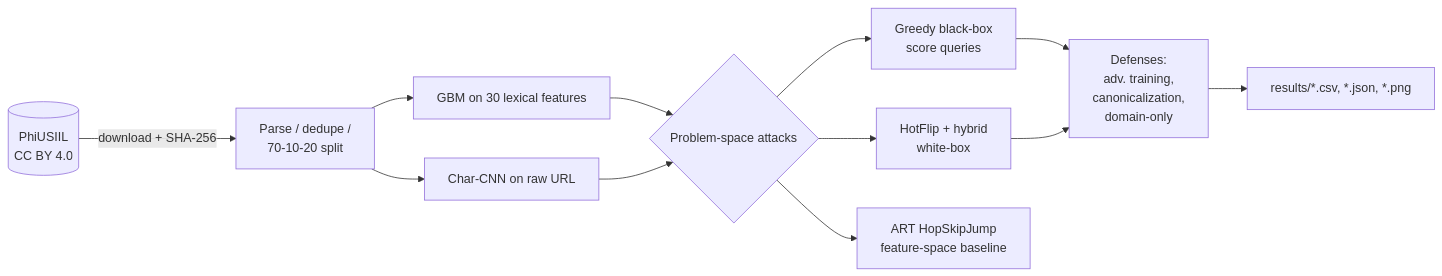
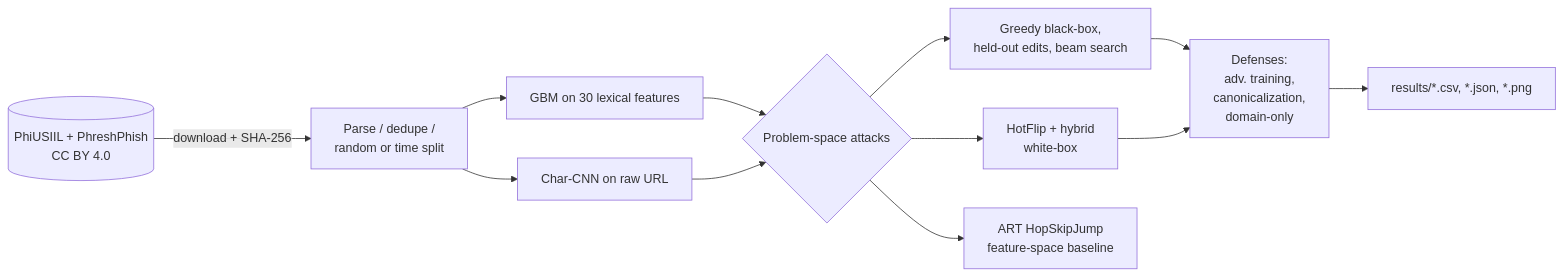
Before and after one commit to mikedsosa/phishing-detector-adversarial-robustness: the diagram in README.md, drawn with Mermaid. The commit also changed other lines of this file and 61 other files, not shown here.

First line of the commit message:
Add PhreshPhish dataset, held-out and beam attacks, seeds and CIs, demo CLI/app, model card, Dockerfile, writeup

````diff
--- a/README.md
+++ b/README.md
@@ -57,12 +91,12 @@
 ```mermaid
 flowchart LR
-    D[(PhiUSIIL<br/>CC BY 4.0)] -->|download + SHA-256| P[Parse / dedupe /<br/>70-10-20 split]
+    D[(PhiUSIIL + PhreshPhish<br/>CC BY 4.0)] -->|download + SHA-256| P[Parse / dedupe /<br/>random or time split]
     P --> M1[GBM on 30 lexical features]
     P --> M2[Char-CNN on raw URL]
     M1 & M2 --> A{Problem-space attacks}
-    A --> A1[Greedy black-box<br/>score queries]
+    A --> A1[Greedy black-box,<br/>held-out edits, beam search]
     A --> A2[HotFlip + hybrid<br/>white-box]
     A --> A3[ART HopSkipJump<br/>feature-space baseline]
     A1 & A2 --> R[Defenses:<br/>adv. training,<br/>canonicalization,<br/>domain-only]
     R --> O[results/*.csv, *.json, *.png]
 ```
````
